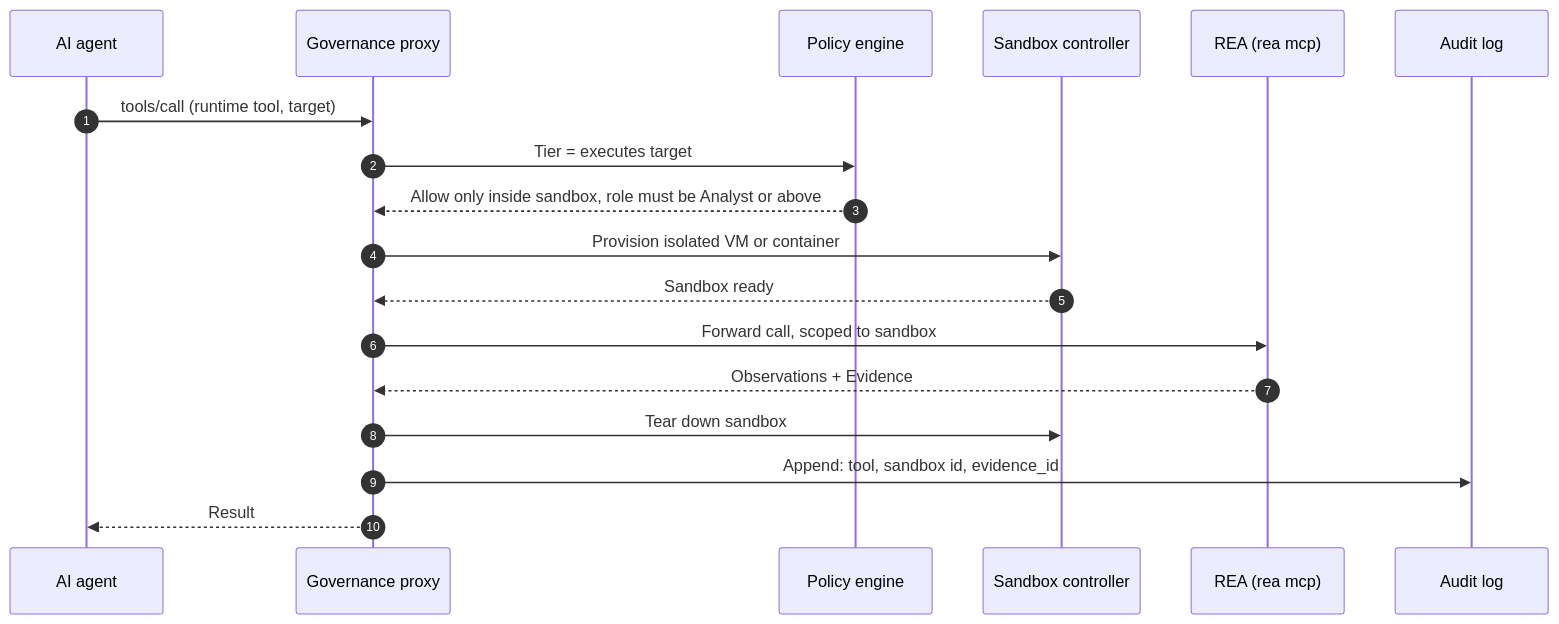
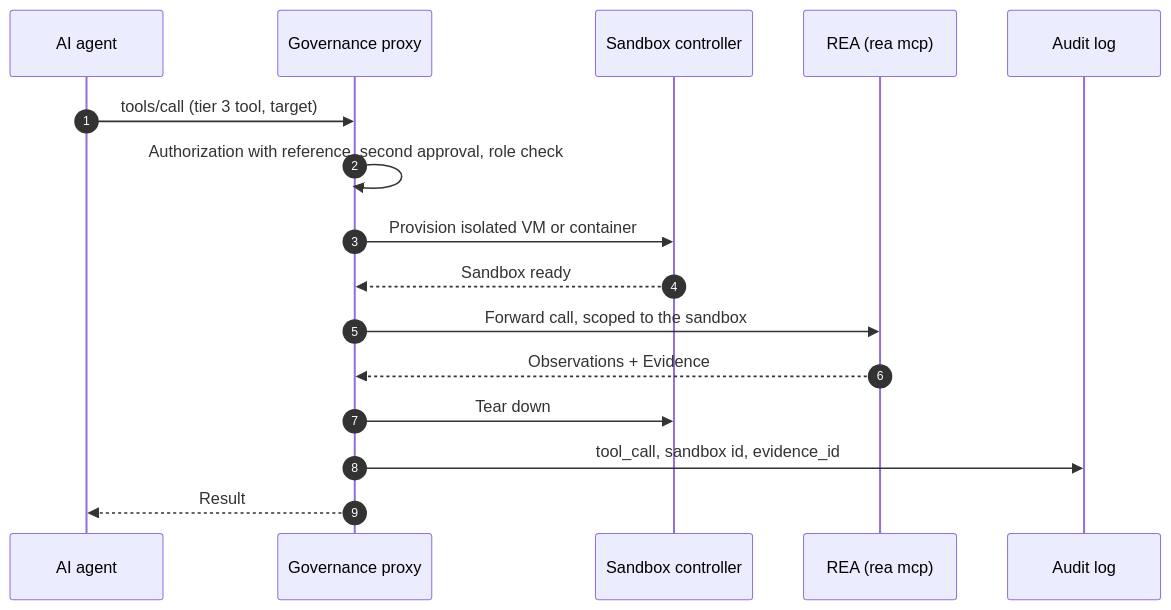
Before and after one commit to nezuko-afk/sprintailab: the fifth of 5 diagrams in docs/sequence/analysis-request.md, drawn with Mermaid. The commit also changed other lines of this file and 28 other files, not shown here.

First line of the commit message:
Add authorization gate: scoped, expiring declarations by prompt or terminal

````diff
--- a/docs/sequence/analysis-request.md
+++ b/docs/sequence/analysis-request.md
@@ -55,21 +94,19 @@
 ```mermaid
 sequenceDiagram
     autonumber
     participant A as AI agent
     participant G as Governance proxy
-    participant P as Policy engine
     participant S as Sandbox controller
     participant R as REA (rea mcp)
     participant L as Audit log
 
-    A->>G: tools/call (runtime tool, target)
-    G->>P: Tier = executes target
-    P-->>G: Allow only inside sandbox, role must be Analyst or above
+    A->>G: tools/call (tier 3 tool, target)
+    G->>G: Authorization with reference, second approval, role check
     G->>S: Provision isolated VM or container
     S-->>G: Sandbox ready
-    G->>R: Forward call, scoped to sandbox
+    G->>R: Forward call, scoped to the sandbox
     R-->>G: Observations + Evidence
-    G->>S: Tear down sandbox
-    G->>L: Append: tool, sandbox id, evidence_id
+    G->>S: Tear down
+    G->>L: tool_call, sandbox id, evidence_id
     G-->>A: Result
 ```
````
